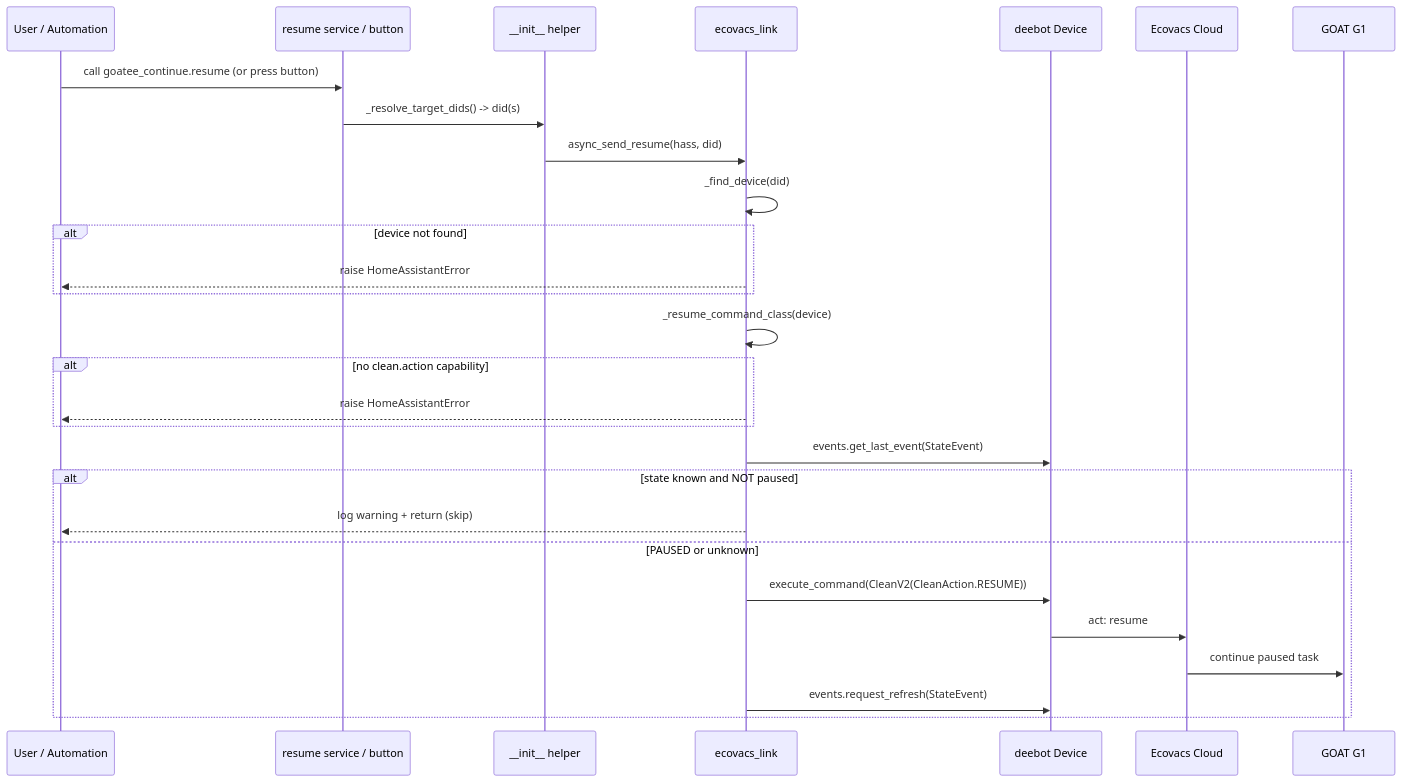
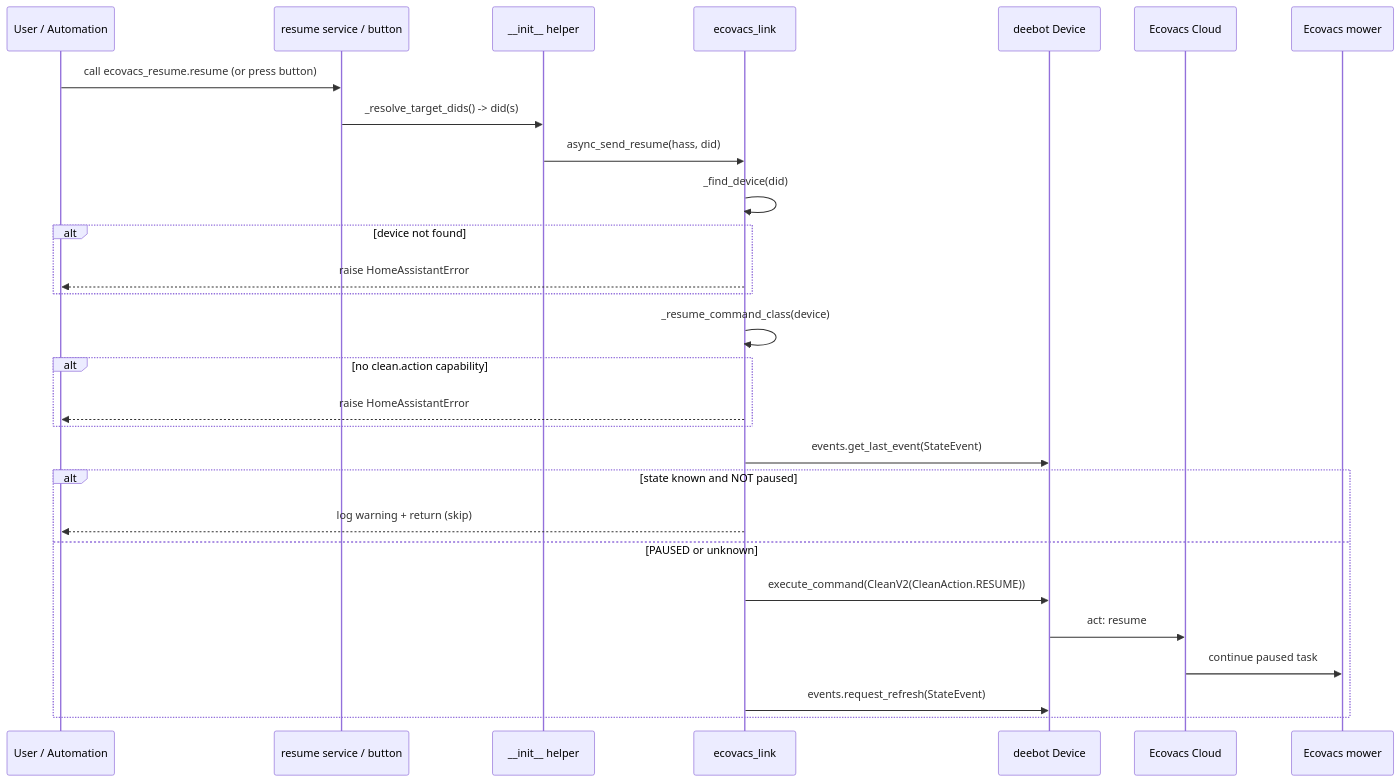
The second of 2 diagrams in docs/architecture.md (locazor/GoatG1Resume), drawn with Mermaid before and after one commit. The commit also changed other lines of this file and 27 other files, not shown here.

First line of the commit message:
Support any Ecovacs mower: rename domain, multi-device, A1600 verified

````diff
--- a/docs/architecture.md
+++ b/docs/architecture.md
@@ -129,31 +133,31 @@
 ```mermaid
 sequenceDiagram
     participant U as User / Automation
     participant S as resume service / button
     participant I as __init__ helper
     participant L as ecovacs_link
     participant D as deebot Device
     participant C as Ecovacs Cloud
-    participant M as GOAT G1
+    participant M as Ecovacs mower
 
-    U->>S: call goatee_continue.resume (or press button)
+    U->>S: call ecovacs_resume.resume (or press button)
     S->>I: _resolve_target_dids() -> did(s)
     I->>L: async_send_resume(hass, did)
     L->>L: _find_device(did)
     alt device not found
         L-->>U: raise HomeAssistantError
     end
     L->>L: _resume_command_class(device)
     alt no clean.action capability
         L-->>U: raise HomeAssistantError
     end
     L->>D: events.get_last_event(StateEvent)
     alt state known and NOT paused
         L-->>U: log warning + return (skip)
     else PAUSED or unknown
         L->>D: execute_command(CleanV2(CleanAction.RESUME))
         D->>C: act: resume
         C->>M: continue paused task
         L->>D: events.request_refresh(StateEvent)
     end
 ```
````
